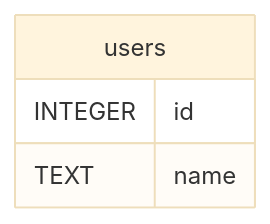
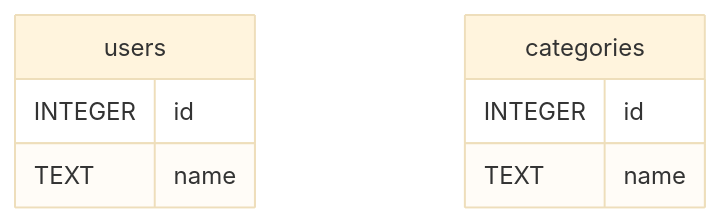
One commit to michonchy/housekeeping-book-APP changed the diagram in doc/er.md. Above: the diagram before and after it, drawn with Mermaid (base theme).

Commit message:
カテゴリの追加

````diff
--- a/doc/er.md
+++ b/doc/er.md
@@ -1,8 +1,13 @@
 ```mermaid
 erDiagram
 
 users {
     INTEGER id
     TEXT name
 }
+
+categories {
+    INTEGER id
+    TEXT name
+}
 ```
````
